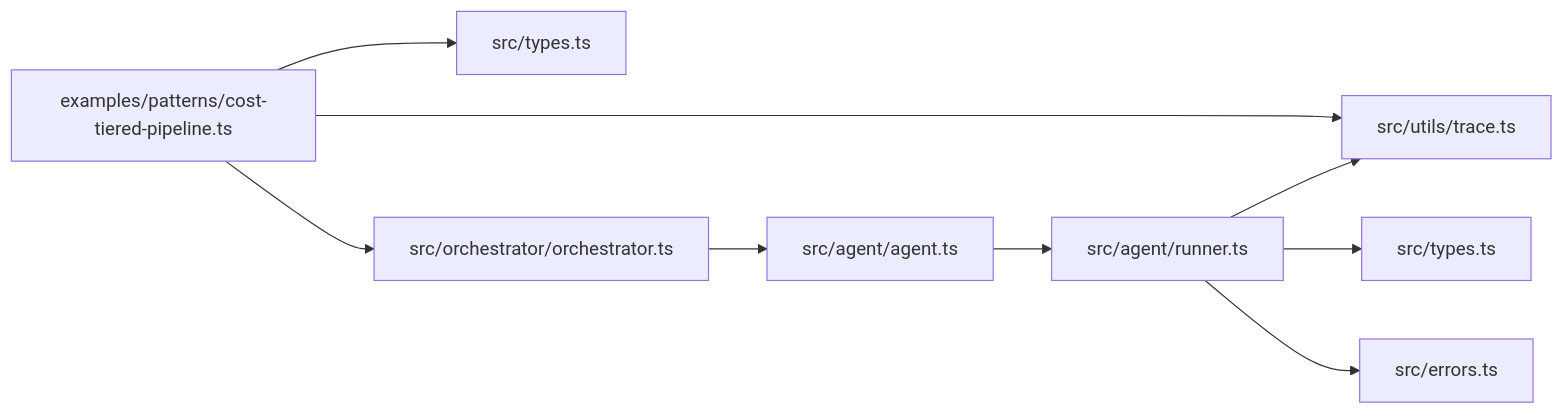
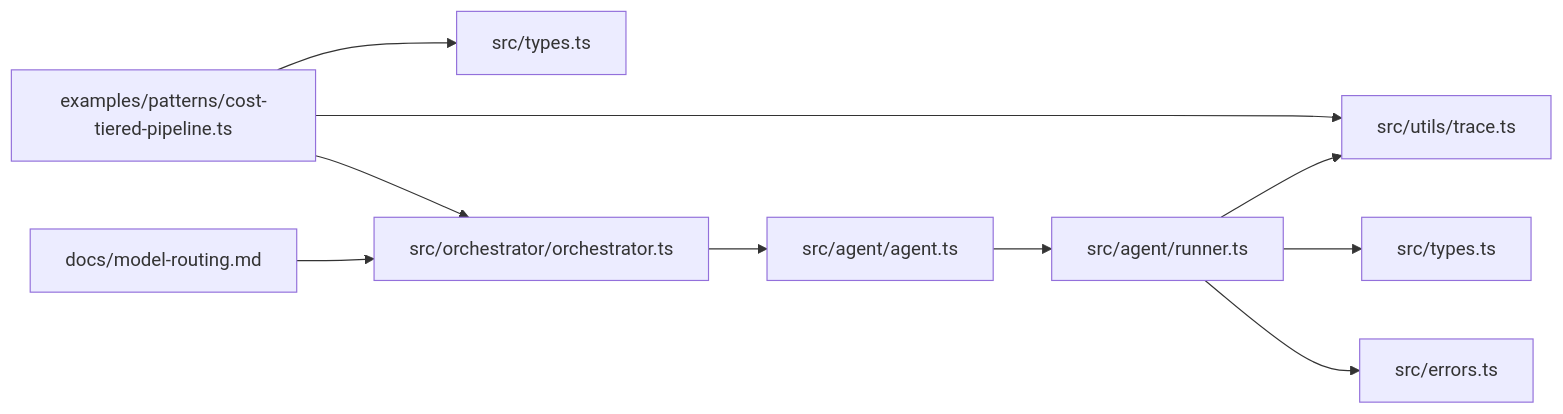
Before and after one commit to haolange/open-multi-agent: the eighth of 8 diagrams in .qoder/repowiki/zh/content/模式与最佳实践/成本优化策略.md, drawn with Mermaid. The commit also changed other lines of this file and 7 other files, not shown here.

````diff
--- a/.qoder/repowiki/zh/content/模式与最佳实践/成本优化策略.md
+++ b/.qoder/repowiki/zh/content/模式与最佳实践/成本优化策略.md
@@ -258,11 +317,12 @@
 ```mermaid
 graph LR
 E["examples/patterns/cost-tiered-pipeline.ts"] --> T["src/types.ts"]
 E --> TR["src/utils/trace.ts"]
 E --> OR["src/orchestrator/orchestrator.ts"]
+MR["docs/model-routing.md"] --> OR
 OR --> AG["src/agent/agent.ts"]
 AG --> RU["src/agent/runner.ts"]
 RU --> TY["src/types.ts"]
 RU --> ER["src/errors.ts"]
 RU --> TR
 ```
````
